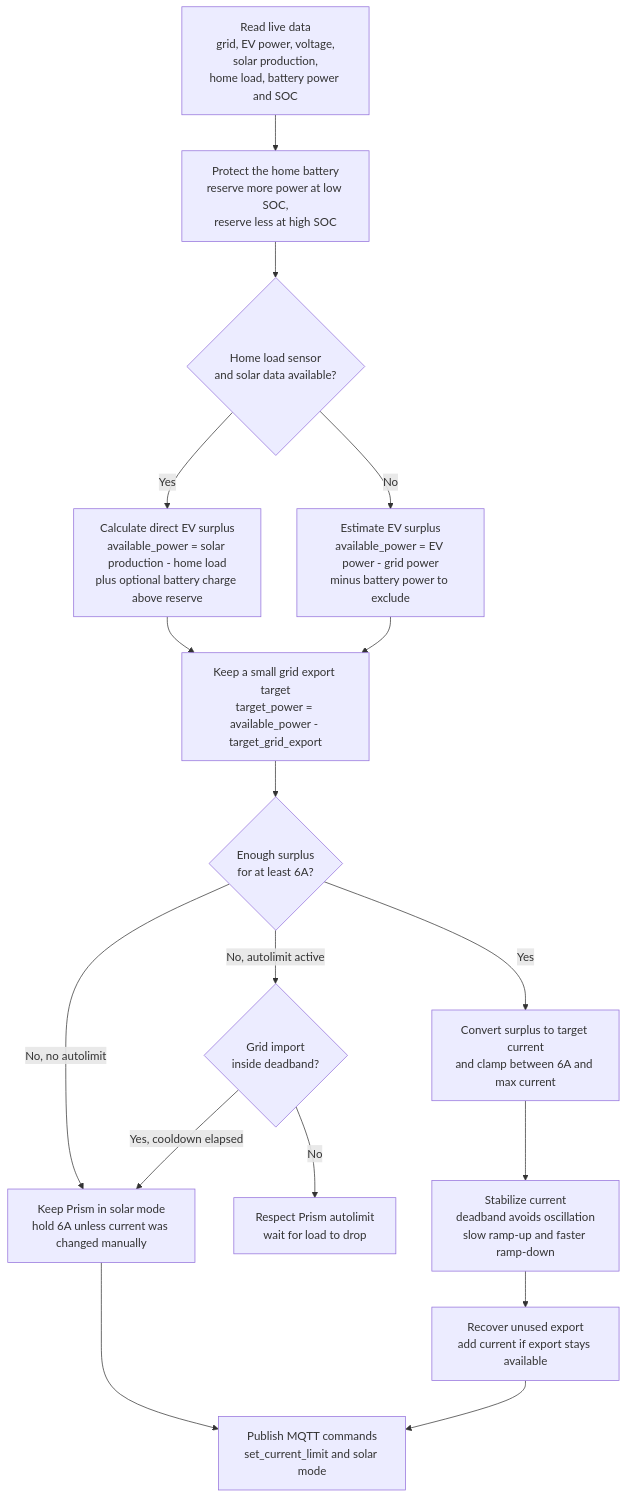
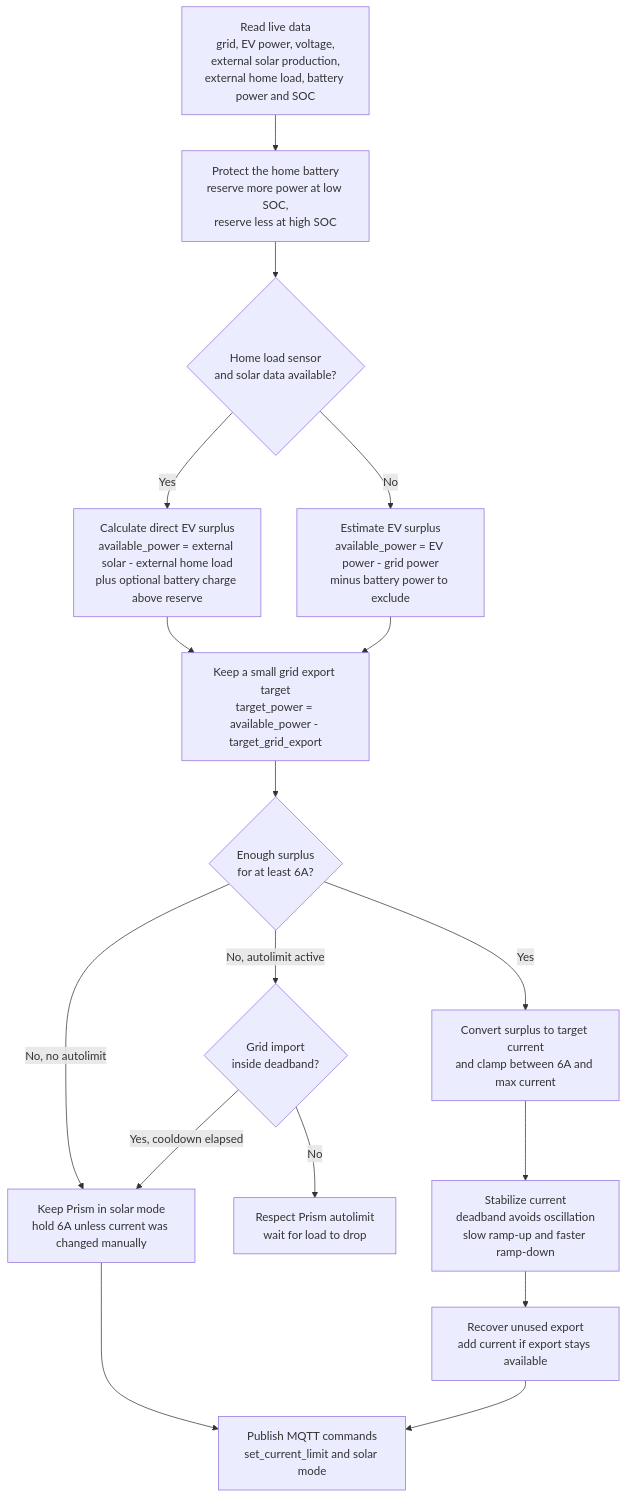
Before and after one commit to italoc/silla-prism-integration: the diagram in README.md, drawn with Mermaid. The commit also changed other lines of this file and 9 other files, not shown here.

Commit message:
Use configured solar production sensor

````diff
--- a/README.md
+++ b/README.md
@@ -173,21 +178,21 @@
 ```mermaid
 flowchart TD
-    A["Read live data<br/>grid, EV power, voltage,<br/>solar production,<br/>home load, battery power and SOC"] --> B["Protect the home battery<br/>reserve more power at low SOC,<br/>reserve less at high SOC"]
+    A["Read live data<br/>grid, EV power, voltage,<br/>external solar production,<br/>external home load, battery power and SOC"] --> B["Protect the home battery<br/>reserve more power at low SOC,<br/>reserve less at high SOC"]
     B --> C{"Home load sensor<br/>and solar data available?"}
-    C -->|Yes| C1["Calculate direct EV surplus<br/>available_power = solar production - home load<br/>plus optional battery charge above reserve"]
+    C -->|Yes| C1["Calculate direct EV surplus<br/>available_power = external solar - external home load<br/>plus optional battery charge above reserve"]
     C -->|No| C2["Estimate EV surplus<br/>available_power = EV power - grid power<br/>minus battery power to exclude"]
     C1 --> D["Keep a small grid export target<br/>target_power = available_power - target_grid_export"]
     C2 --> D["Keep a small grid export target<br/>target_power = available_power - target_grid_export"]
     D --> E{"Enough surplus<br/>for at least 6A?"}
 
     E -->|No, autolimit active| F{"Grid import<br/>inside deadband?"}
     E -->|No, no autolimit| G["Keep Prism in solar mode<br/>hold 6A unless current was changed manually"]
     E -->|Yes| H["Convert surplus to target current<br/>and clamp between 6A and max current"]
 
     F -->|No| L["Respect Prism autolimit<br/>wait for load to drop"]
     F -->|Yes, cooldown elapsed| G
     G --> K["Publish MQTT commands<br/>set_current_limit and solar mode"]
     H --> I["Stabilize current<br/>deadband avoids oscillation<br/>slow ramp-up and faster ramp-down"]
     I --> J["Recover unused export<br/>add current if export stays available"]
     J --> K["Publish MQTT commands<br/>set_current_limit and solar mode"]
 ```
````
